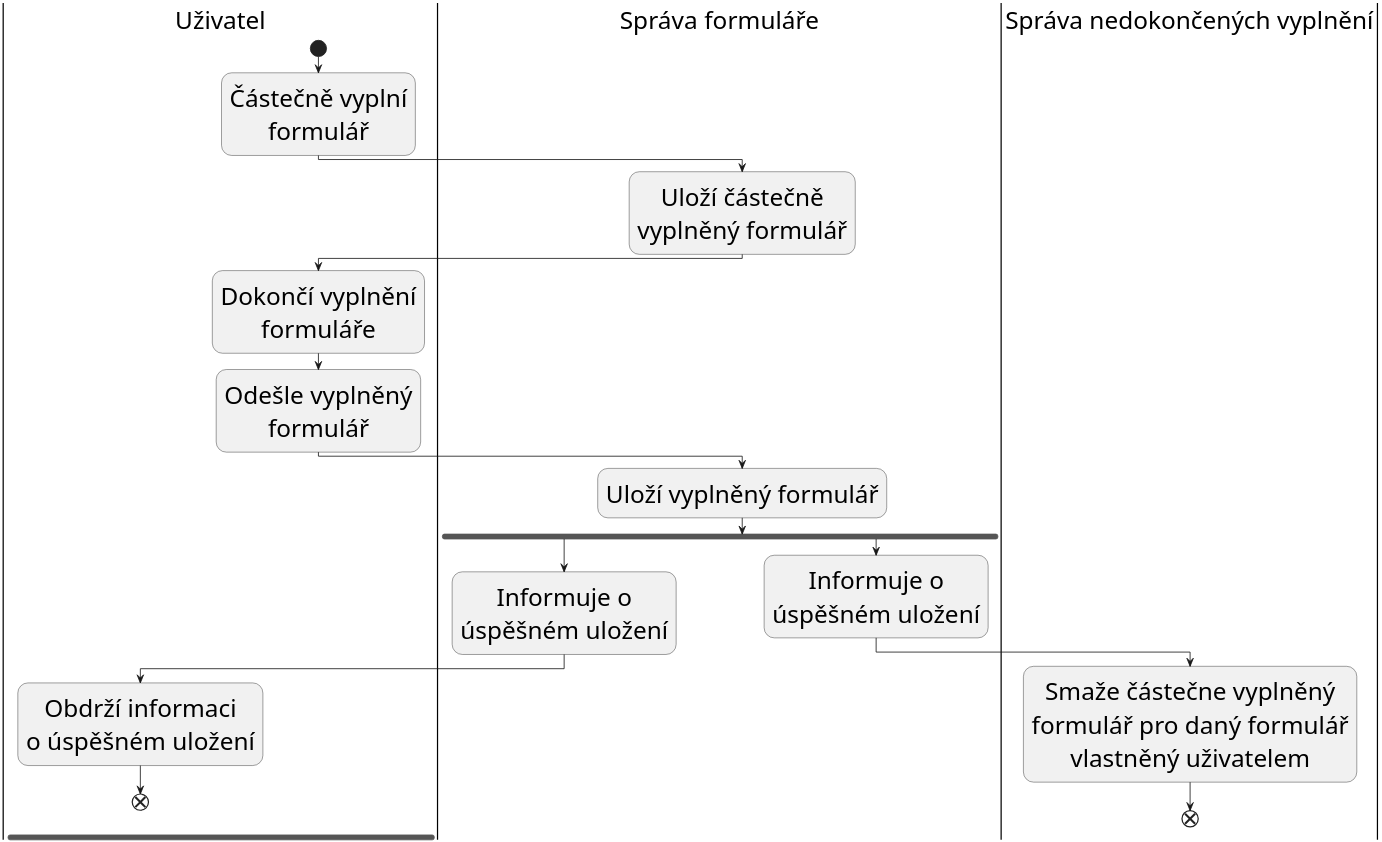
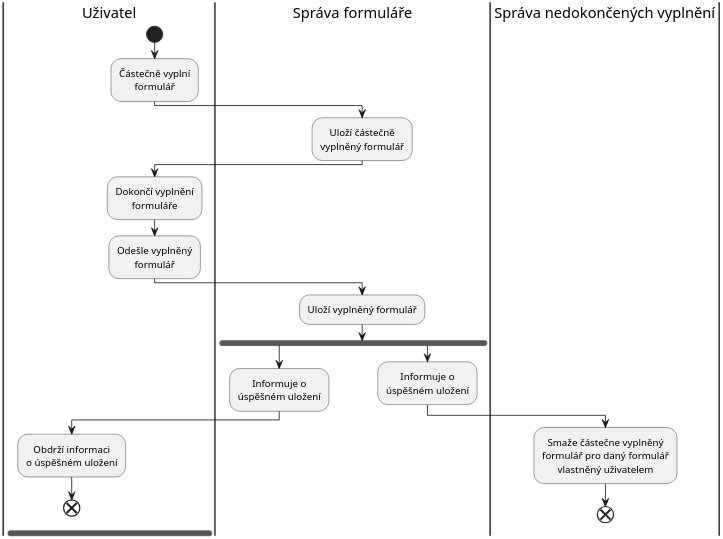
One commit to PatrikTrefil/mental-health-monitoring-platform changed the sixth of 6 diagrams in docs/docs/03-navrh.md. Above: the diagram before and after it, drawn with PlantUML. The commit also changed other lines of this file and 4 other files, not shown here.

````diff
--- a/docs/docs/03-navrh.md
+++ b/docs/docs/03-navrh.md
@@ -691,35 +691,34 @@
 ```plantuml
 @startuml
 skinparam dpi 300
-skinparam defaultFontSize 30
 skinparam defaultTextAlignment center
 
 |Uživatel|
 |Správa formuláře|
 |Správa nedokončených vyplnění|
 
 |Uživatel|
 start
 
 :Částečně vyplní\nformulář;
 |Správa formuláře|
 :Uloží částečně\nvyplněný formulář;
 |Uživatel|
 :Dokončí vyplnění\nformuláře;
 :Odešle vyplněný\nformulář;
 |Správa formuláře|
 :Uloží vyplněný formulář;
 fork
     :Informuje o\núspěšném uložení;
     |Uživatel|
     :Obdrží informaci\no úspěšném uložení;
     end
 fork again
     |Správa formuláře|
     :Informuje o\núspěšném uložení;
     |Správa nedokončených vyplnění|
     :Smaže částečne vyplněný\nformulář pro daný formulář\nvlastněný uživatelem;
     end
 
 @enduml
 ```
````
